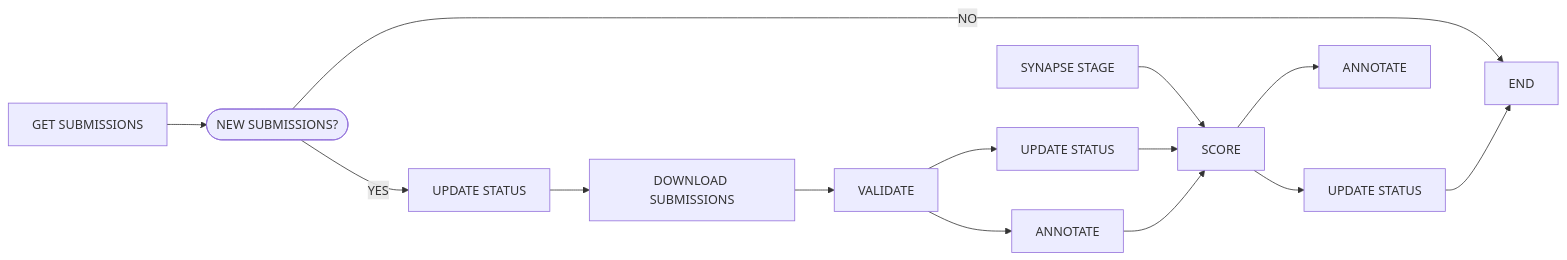
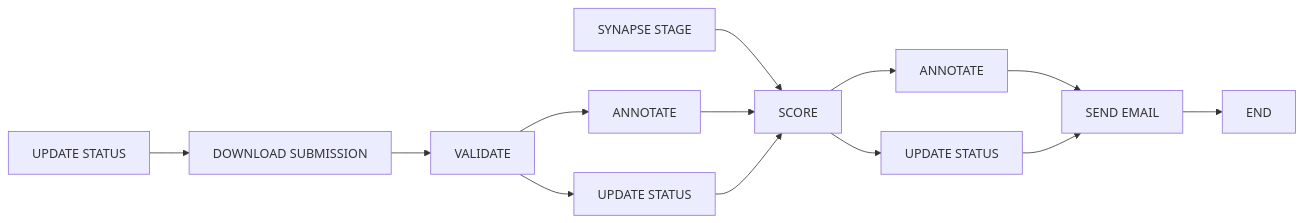
Before and after one commit to vpchung/nf-synapse-challenge: the second of 2 diagrams in README.md, drawn with Mermaid. The commit also changed other lines of this file and 20 other files, not shown here.

````diff
--- a/README.md
+++ b/README.md
@@ -108,16 +144,15 @@
 ```mermaid
   flowchart LR;
-    A[SYNAPSE STAGE]-->I[SCORE];
-    B[GET SUBMISSIONS]-->C([NEW SUBMISSIONS?]);
-    C-->|YES|D[UPDATE STATUS];
-    C-->|NO|END;
-    D-->E[DOWNLOAD SUBMISSIONS];
-    E-->F[VALIDATE];
-    F-->G[UPDATE STATUS];
-    F-->H[ANNOTATE];
-    G-->I[SCORE];
-    H-->I;
-    I-->J[UPDATE STATUS];
-    I-->K[ANNOTATE];
-    J-->END;
+    A[SYNAPSE STAGE]-->G[SCORE];
+    B[UPDATE STATUS]-->C[DOWNLOAD SUBMISSION];
+    C-->D[VALIDATE];
+    D-->E[ANNOTATE];
+    D-->F[UPDATE STATUS];
+    E-->G;
+    F-->G;
+    G-->H[ANNOTATE];
+    G-->I[UPDATE STATUS];
+    H-->J[SEND EMAIL];
+    I-->J;
+    J-->K[END];
 ```
````
